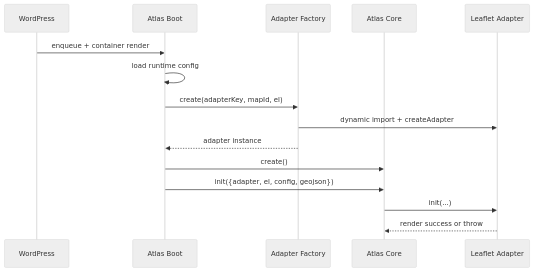
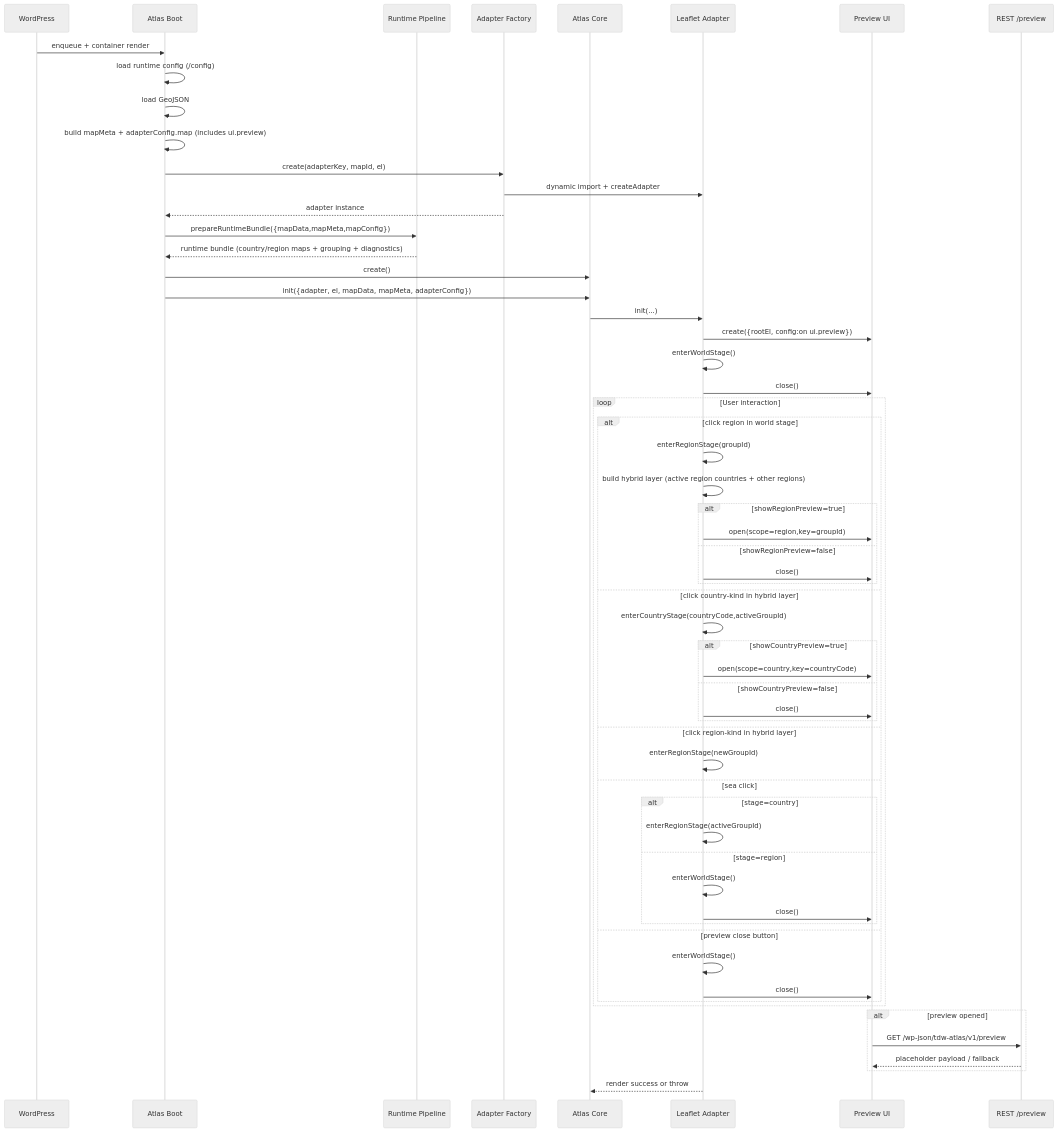
The diagram in docs/diagrams/runtime-sequence.md (Exc3pti0n123/tdw-atlas-engine), drawn with Mermaid (neutral theme) before and after one commit. The commit also changed 55 other files, not shown here.

First line of the commit message:
feat(atlas): release v0.2.0-alpha with DB-first runtime, pipeline preprocessing, and hybrid interaction flow

````diff
--- a/docs/diagrams/runtime-sequence.md
+++ b/docs/diagrams/runtime-sequence.md
@@ -3,18 +3,64 @@
 ```mermaid
 sequenceDiagram
   participant WP as WordPress
   participant BOOT as Atlas Boot
+  participant PIPE as Runtime Pipeline
   participant AF as Adapter Factory
   participant CORE as Atlas Core
   participant ADP as Leaflet Adapter
+  participant PUI as Preview UI
+  participant API as REST /preview
 
   WP->>BOOT: enqueue + container render
-  BOOT->>BOOT: load runtime config
+  BOOT->>BOOT: load runtime config (/config)
+  BOOT->>BOOT: load GeoJSON
+  BOOT->>BOOT: build mapMeta + adapterConfig.map (includes ui.preview)
   BOOT->>AF: create(adapterKey, mapId, el)
   AF->>ADP: dynamic import + createAdapter
   AF-->>BOOT: adapter instance
+  BOOT->>PIPE: prepareRuntimeBundle({mapData,mapMeta,mapConfig})
+  PIPE-->>BOOT: runtime bundle (country/region maps + grouping + diagnostics)
   BOOT->>CORE: create()
-  BOOT->>CORE: init({adapter, el, config, geojson})
+  BOOT->>CORE: init({adapter, el, mapData, mapMeta, adapterConfig})
   CORE->>ADP: init(...)
+  ADP->>PUI: create({rootEl, config:on ui.preview})
+  ADP->>ADP: enterWorldStage()
+  ADP->>PUI: close()
+
+  loop User interaction
+    alt click region in world stage
+      ADP->>ADP: enterRegionStage(groupId)
+      ADP->>ADP: build hybrid layer (active region countries + other regions)
+      alt showRegionPreview=true
+        ADP->>PUI: open(scope=region,key=groupId)
+      else showRegionPreview=false
+        ADP->>PUI: close()
+      end
+    else click country-kind in hybrid layer
+      ADP->>ADP: enterCountryStage(countryCode,activeGroupId)
+      alt showCountryPreview=true
+        ADP->>PUI: open(scope=country,key=countryCode)
+      else showCountryPreview=false
+        ADP->>PUI: close()
+      end
+    else click region-kind in hybrid layer
+      ADP->>ADP: enterRegionStage(newGroupId)
+    else sea click
+      alt stage=country
+        ADP->>ADP: enterRegionStage(activeGroupId)
+      else stage=region
+        ADP->>ADP: enterWorldStage()
+        ADP->>PUI: close()
+      end
+    else preview close button
+      ADP->>ADP: enterWorldStage()
+      ADP->>PUI: close()
+    end
+  end
+
+  alt preview opened
+    PUI->>API: GET /wp-json/tdw-atlas/v1/preview
+    API-->>PUI: placeholder payload / fallback
+  end
   ADP-->>CORE: render success or throw
 ```
````
